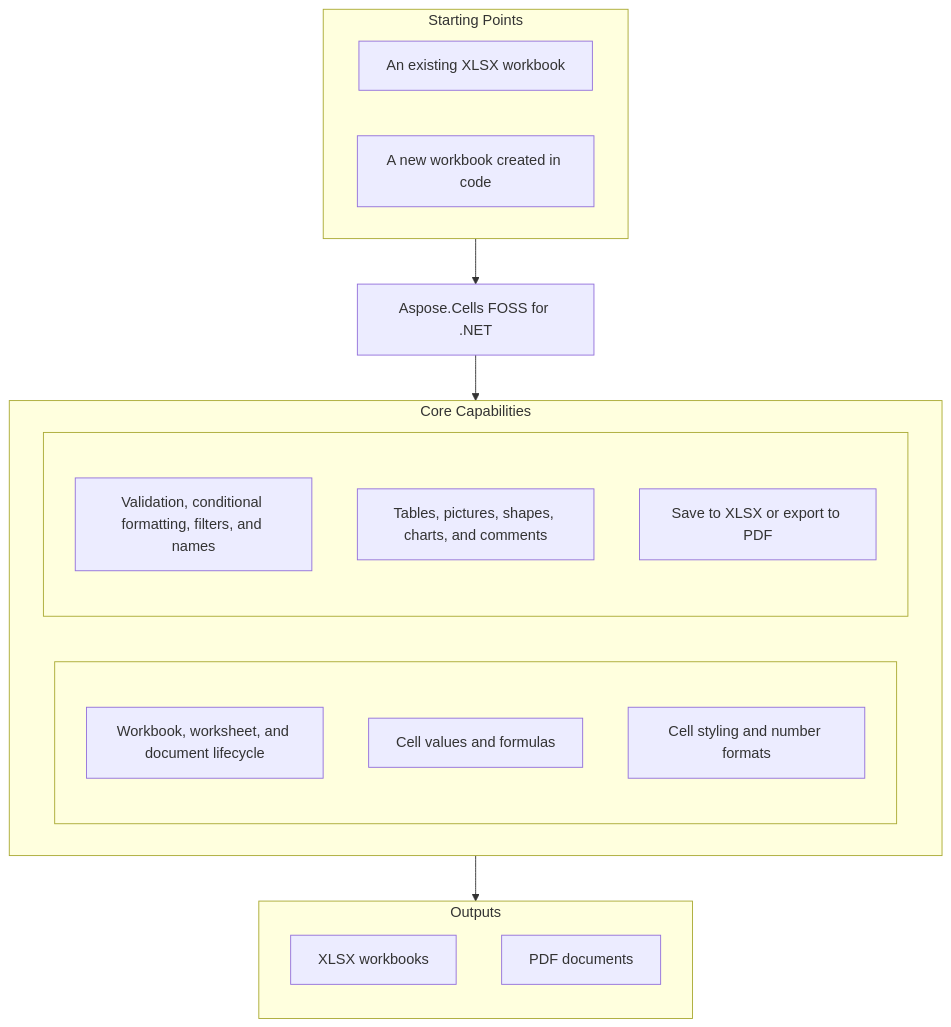
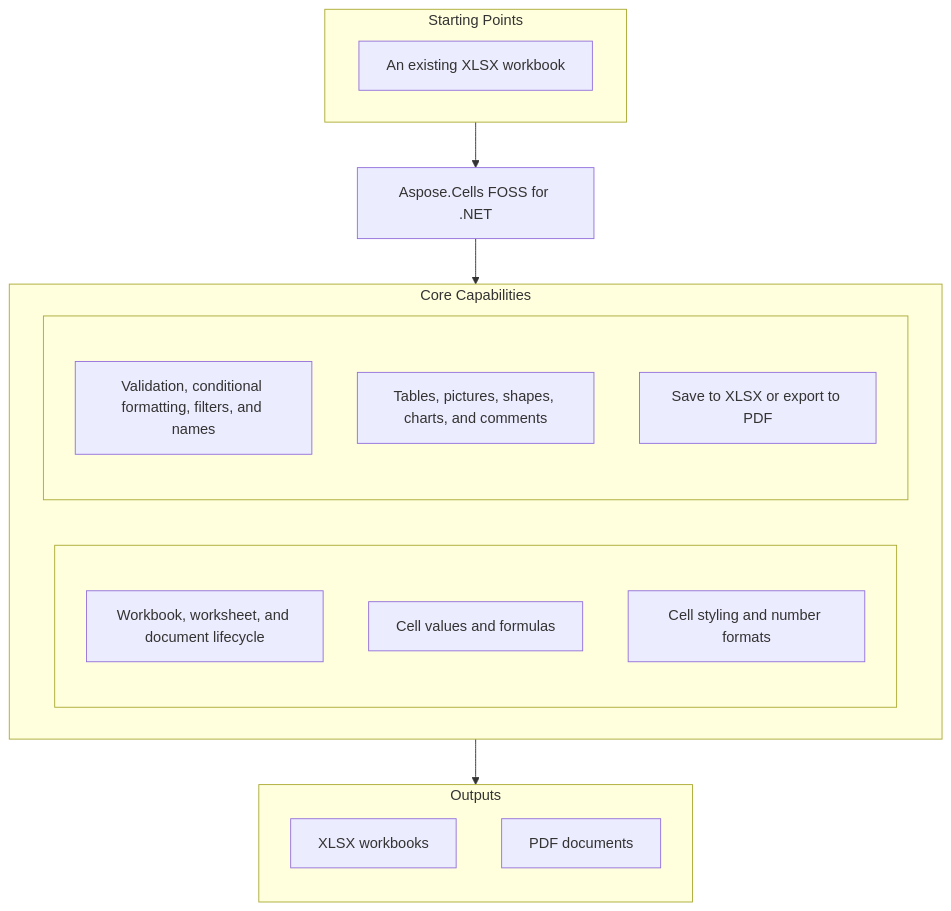
Before and after one commit to aspose-cells-foss/Aspose.Cells-FOSS-for-.NET: the diagram in README.md, drawn with Mermaid. The commit also changed other lines of this file, not shown here.

````diff
--- a/README.md
+++ b/README.md
@@ -24,30 +25,29 @@
 ```mermaid
 flowchart TD
   subgraph StartingPoints["Starting Points"]
     direction LR
     i1["An existing XLSX workbook"]
-    i2["A new workbook created in code"]
   end
   PRODUCT["Aspose.Cells FOSS for .NET"]
   subgraph Capabilities["Core Capabilities"]
     direction LR
     subgraph capl[" "]
       direction TB
       c1["Workbook, worksheet, and document lifecycle"]
       c2["Cell values and formulas"]
       c3["Cell styling and number formats"]
     end
     subgraph capr[" "]
       direction TB
       c4["Validation, conditional formatting, filters, and names"]
       c5["Tables, pictures, shapes, charts, and comments"]
       c6["Save to XLSX or export to PDF"]
     end
   end
   subgraph Outputs["Outputs"]
     direction TB
     o1["XLSX workbooks"]
     o2["PDF documents"]
   end
   StartingPoints --> PRODUCT --> Capabilities --> Outputs
 ```
````
